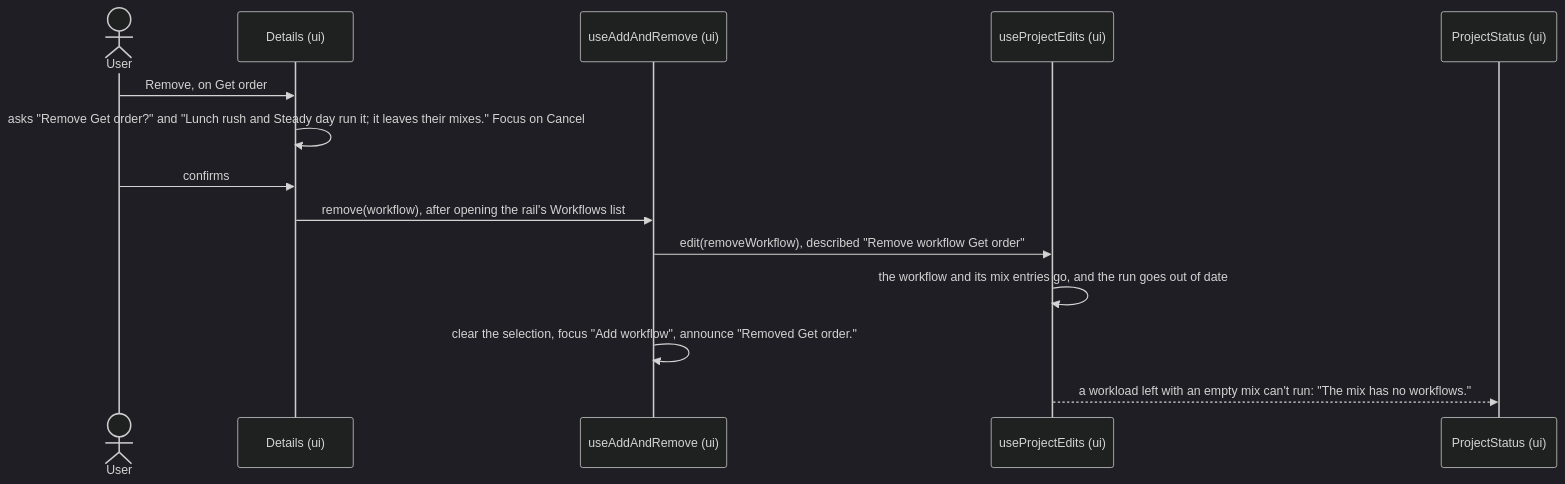
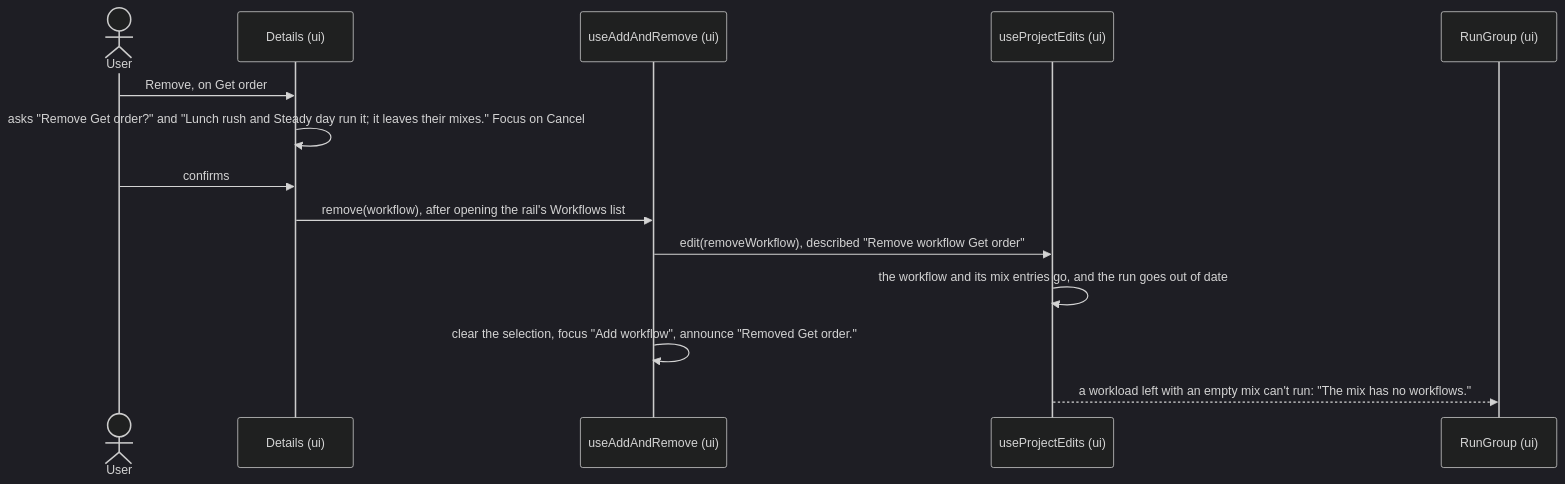
Before and after one commit to alanbickel/wind-tunnel: diagram 13 of 14 in docs/architecture/workflow-editor.md, drawn with Mermaid (dark theme). The commit also changed 25 other files, not shown here.

Commit message:
feat(ui): slim the top bar to the project, Undo and Redo, and the menu, and remove the status line (#261)

````diff
--- a/docs/architecture/workflow-editor.md
+++ b/docs/architecture/workflow-editor.md
@@ -382,16 +382,16 @@
 ```mermaid
 sequenceDiagram
     actor User
     participant D as Details (ui)
     participant R as useAddAndRemove (ui)
     participant E as useProjectEdits (ui)
-    participant P as ProjectStatus (ui)
+    participant P as RunGroup (ui)
     User->>D: Remove, on Get order
     D->>D: asks "Remove Get order?" and "Lunch rush and Steady day run it#59; it leaves their mixes." Focus on Cancel
     User->>D: confirms
     D->>R: remove(workflow), after opening the rail's Workflows list
     R->>E: edit(removeWorkflow), described "Remove workflow Get order"
     E->>E: the workflow and its mix entries go, and the run goes out of date
     R->>R: clear the selection, focus "Add workflow", announce "Removed Get order."
     E-->>P: a workload left with an empty mix can't run: "The mix has no workflows."
 ```
````
